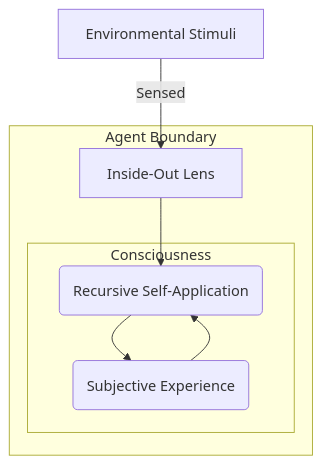
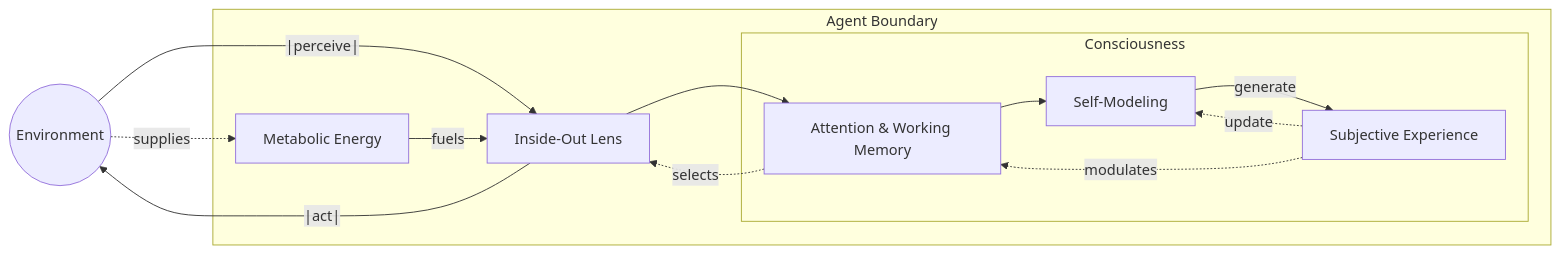
Before and after one commit to Staphylococcus/brain-from-brane: the third of 3 diagrams in docs/01-pattern-realism/1b-emergence-of-consciousness.md, drawn with Mermaid. The commit also changed other lines of this file, not shown here.

Commit message:
Enhance emergence of consciousness section by adding new mermaid diagrams for reactive, self-modeling, and recursive consciousness stages, while removing the outdated diagram for clarity.

````diff
--- a/docs/01-pattern-realism/1b-emergence-of-consciousness.md
+++ b/docs/01-pattern-realism/1b-emergence-of-consciousness.md
@@ -14,12 +76,26 @@
 ```mermaid
-flowchart TD
-  Stim[Environmental Stimuli] --> |Sensed| IOL[Inside-Out Lens]
-  subgraph "Agent Boundary"
-      IOL --> RP
-      subgraph "Consciousness"
-        RP(Recursive Self-Application)
-        RP --> SE(Subjective Experience)
-        SE --> RP
-      end
+flowchart LR
+  %% consolidated environment node
+  Env((Environment))
+  Env --|perceive|--> IOL[Inside-Out Lens]
+  IOL --|act|--> Env
+
+  subgraph AGENT[Agent Boundary]
+    %% metabolic store residing within the agent, replenished by environment
+    Energy[Metabolic Energy]
+    Energy --fuels--> IOL
+
+    IOL --> AT[Attention & Working Memory]
+    AT --> RP[Self-Modeling]
+    %% consciousness-guided action selection
+    AT -. selects .-> IOL
+
+    subgraph CONSC[Consciousness]
+      RP -->|generate| SE[Subjective Experience]
+      SE -.->|update| RP
+      SE -. modulates .-> AT
+    end
   end
+  %% environment replenishes the metabolic store across the boundary
+  Env -. supplies .-> Energy
 ```
````
